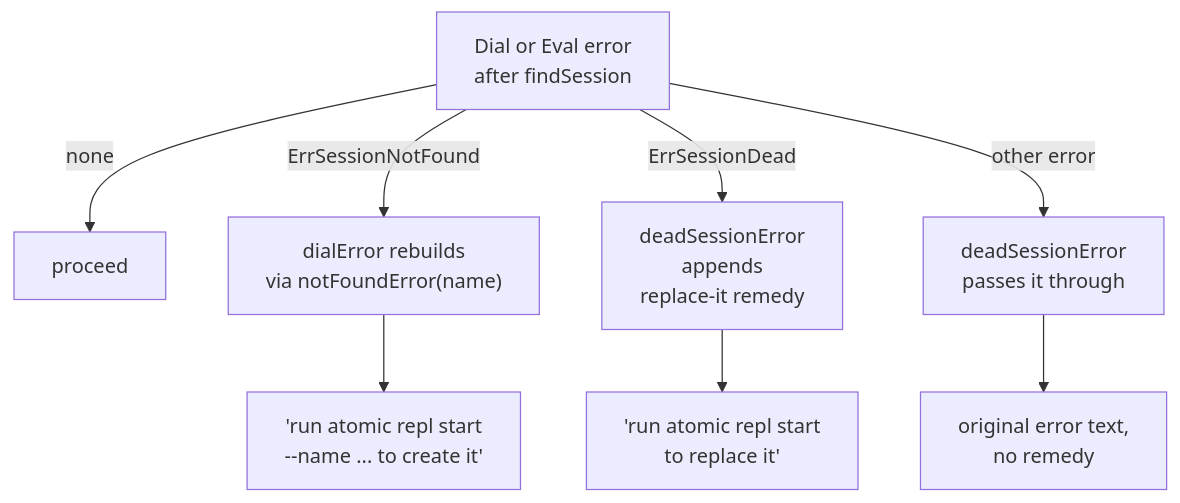
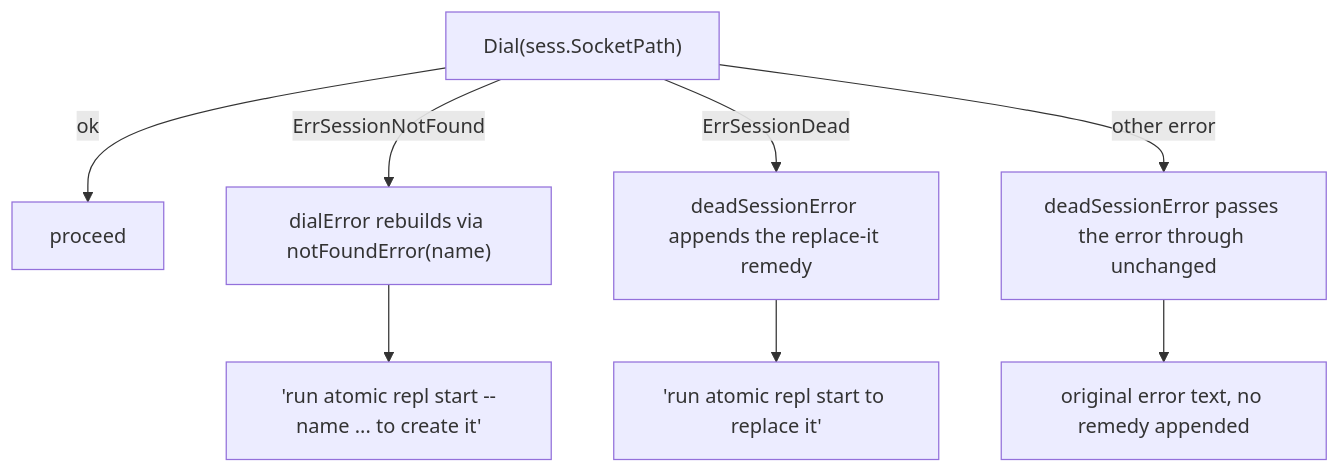
One commit to damusix/atomic-claude changed the third of 3 diagrams in docs/wiki/repl.md. Above: the diagram before and after it, drawn with Mermaid. The commit also changed other lines of this file and 795 other files, not shown here.

First line of the commit message:
feat!: run Atomic on Claude Code, OMP, and Codex

````diff
--- a/docs/wiki/repl.md
+++ b/docs/wiki/repl.md
@@ -141,11 +74,10 @@
 ```mermaid
 flowchart TD
-    %% source: atomic/internal/repl/action.go, client.go
-    D["Dial or Eval error<br/>after findSession"] -->|none| OK[proceed]
-    D -->|ErrSessionNotFound| RB["dialError rebuilds<br/>via notFoundError(name)"]
-    D -->|ErrSessionDead| DEAD["deadSessionError<br/>appends<br/>replace-it remedy"]
-    D -->|other error| PASS["deadSessionError<br/>passes it through"]
-    RB --> MSG1["'run atomic repl start<br/>--name ... to create it'"]
-    DEAD --> MSG2["'run atomic repl start<br/>to replace it'"]
-    PASS --> MSG3["original error text,<br/>no remedy"]
+    D["Dial(sess.SocketPath)"] -->|ok| OK[proceed]
+    D -->|ErrSessionNotFound| RB["dialError rebuilds via notFoundError(name)"]
+    D -->|ErrSessionDead| DEAD["deadSessionError appends the replace-it remedy"]
+    D -->|other error| PASS["deadSessionError passes the error through unchanged"]
+    RB --> MSG1["'run atomic repl start --name ... to create it'"]
+    DEAD --> MSG2["'run atomic repl start to replace it'"]
+    PASS --> MSG3["original error text, no remedy appended"]
 ```
````
